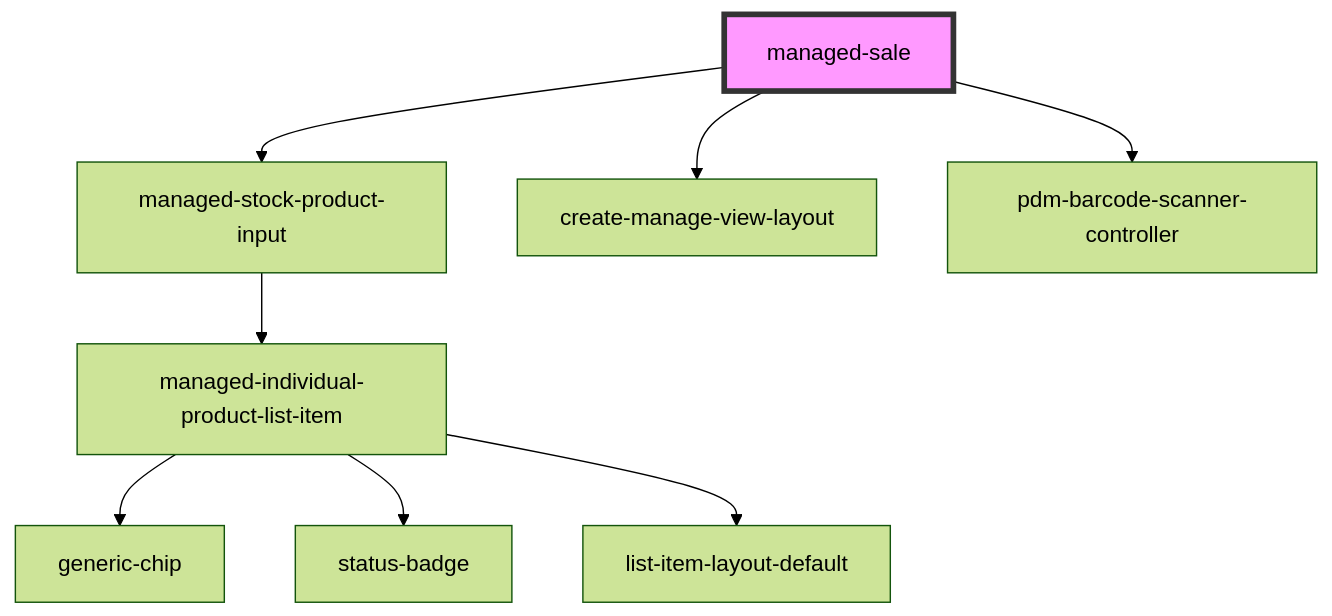
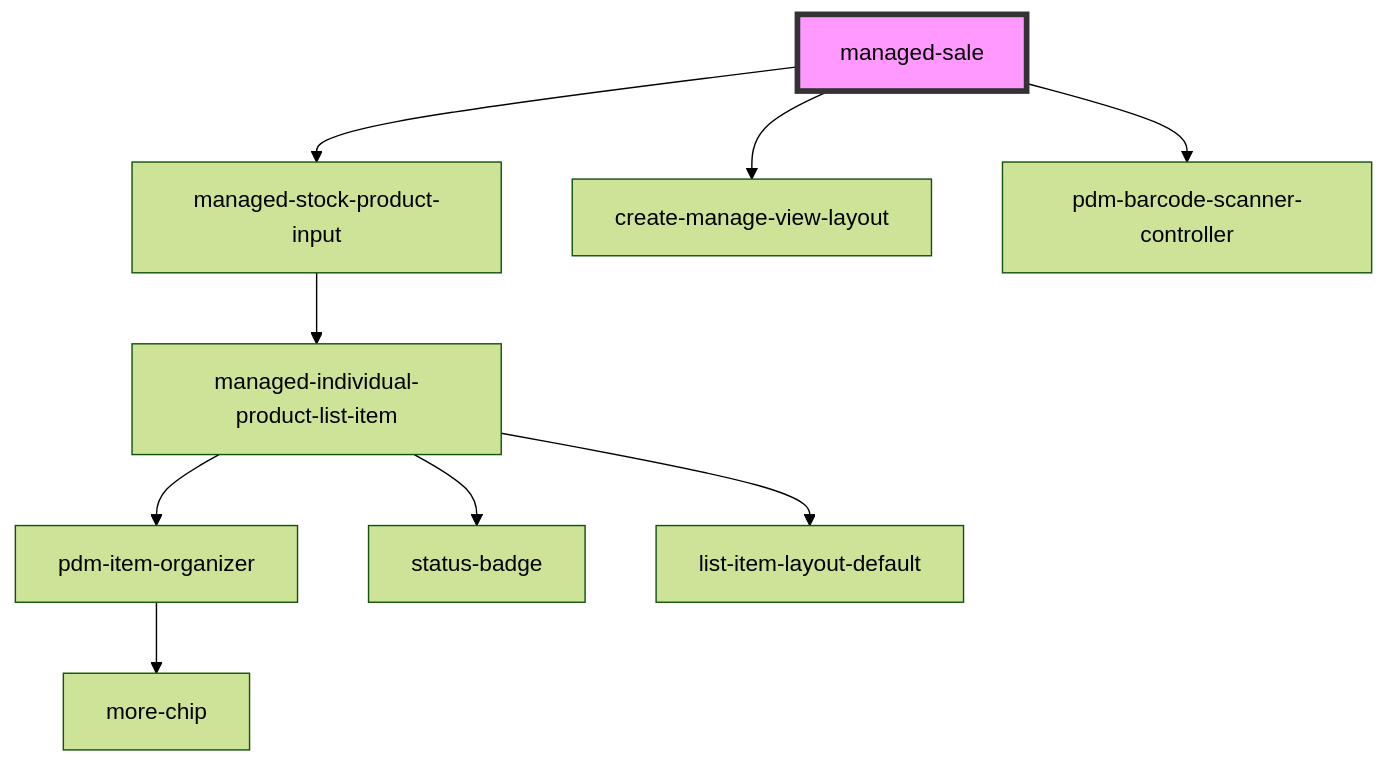
The diagram in pdm-web-components/src/components/managed-sale/readme.md (PharmaLedger-IMI/fgt-workspace), drawn with Mermaid (forest theme) before and after one commit. The commit also changed 6 other files, not shown here.

Commit message:
refs #51 minor fix and individual product now implements pdm item organizer

````diff
--- a/pdm-web-components/src/components/managed-sale/readme.md
+++ b/pdm-web-components/src/components/managed-sale/readme.md
@@ -76,11 +76,12 @@
 ```mermaid
 graph TD;
   managed-sale --> managed-stock-product-input
   managed-sale --> create-manage-view-layout
   managed-sale --> pdm-barcode-scanner-controller
   managed-stock-product-input --> managed-individual-product-list-item
-  managed-individual-product-list-item --> generic-chip
+  managed-individual-product-list-item --> pdm-item-organizer
   managed-individual-product-list-item --> status-badge
   managed-individual-product-list-item --> list-item-layout-default
+  pdm-item-organizer --> more-chip
   style managed-sale fill:#f9f,stroke:#333,stroke-width:4px
 ```
````
